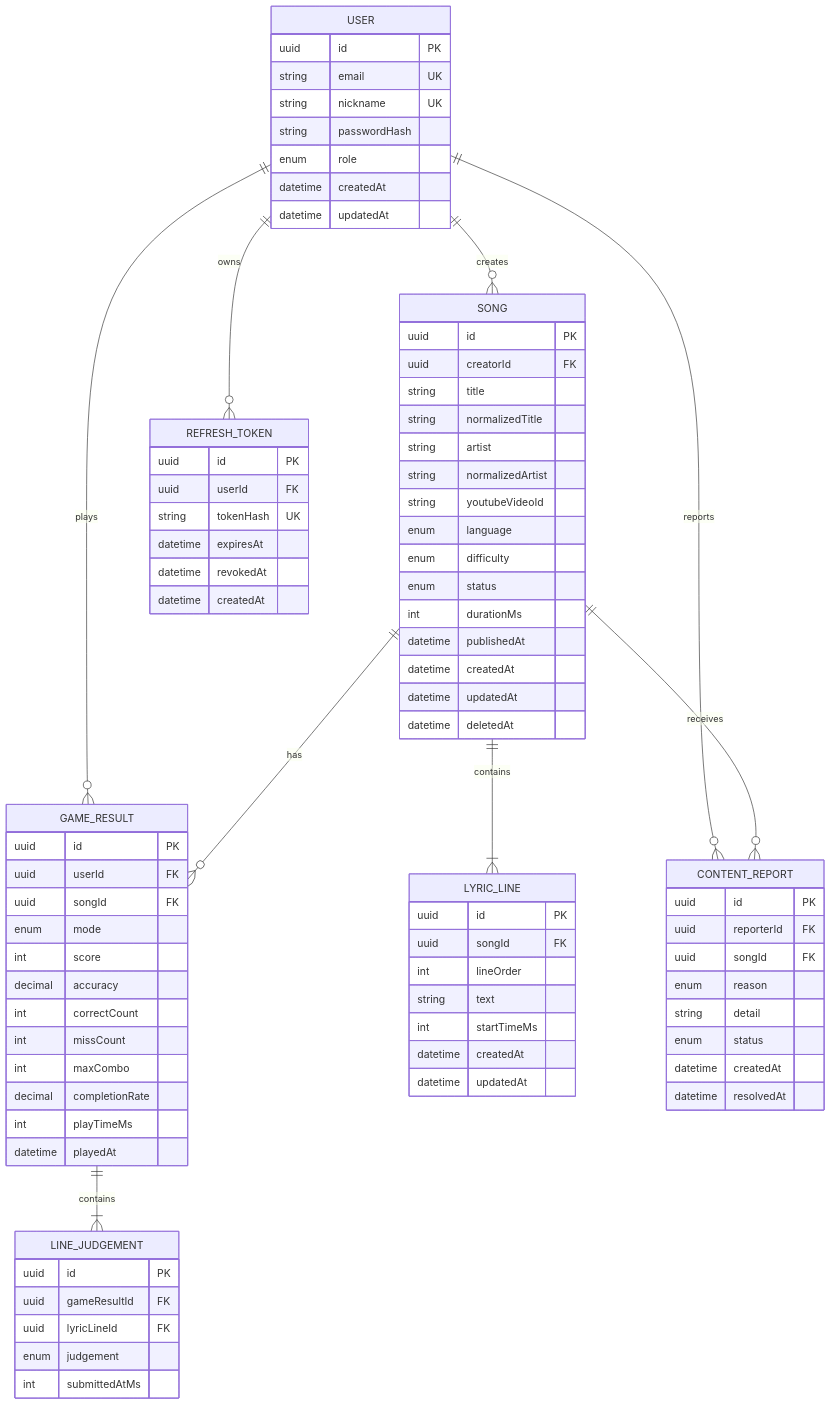
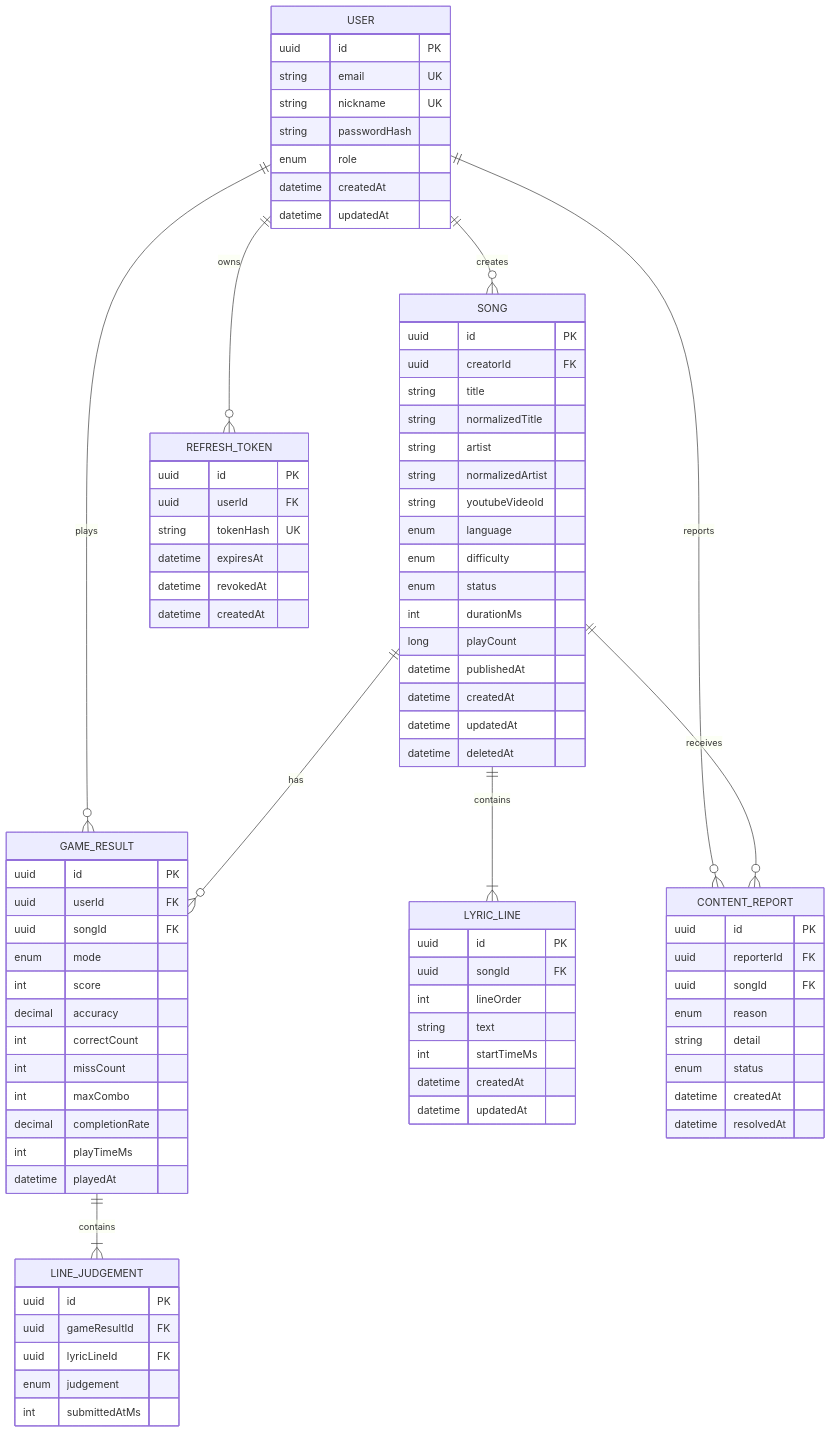
One commit to pbc1001/JumpBeat_BE changed the diagram in ERD.md. Above: the diagram before and after it, drawn with Mermaid. The commit also changed other lines of this file and 13 other files, not shown here.

```diff
--- a/ERD.md
+++ b/ERD.md
@@ -44,6 +44,7 @@
       enum difficulty
       enum status
       int durationMs
+      long playCount
       datetime publishedAt
       datetime createdAt
       datetime updatedAt
```
